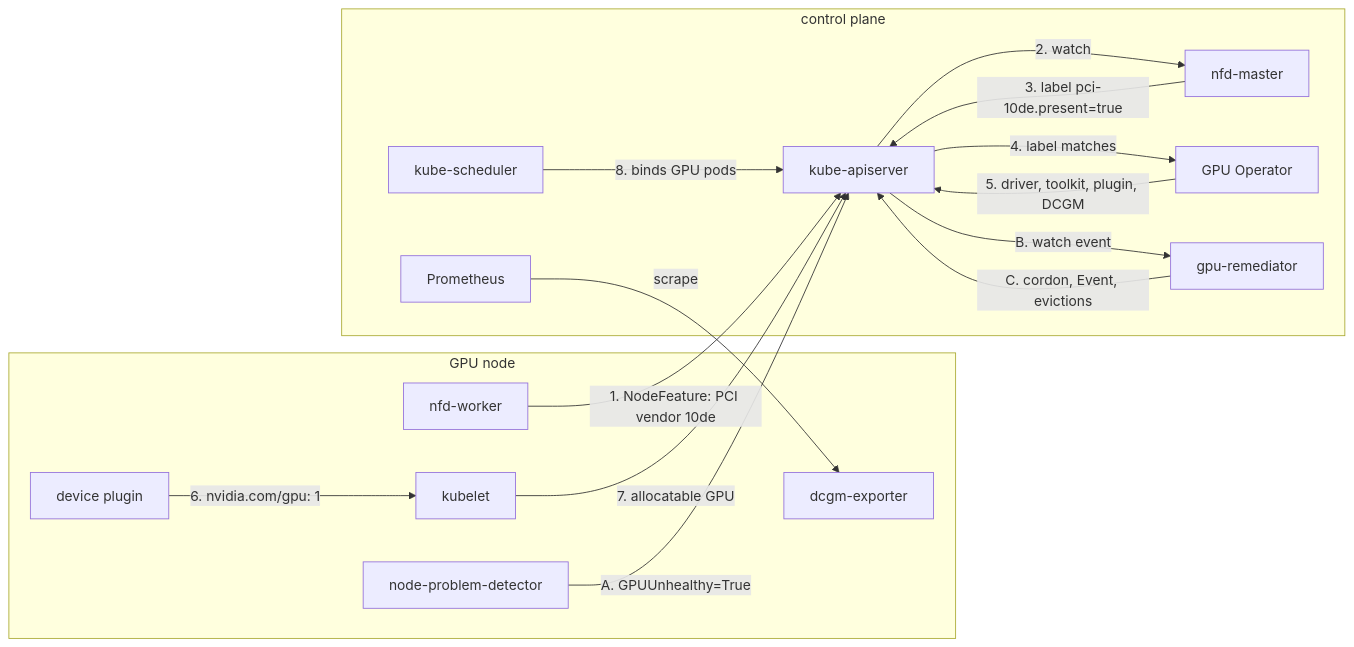
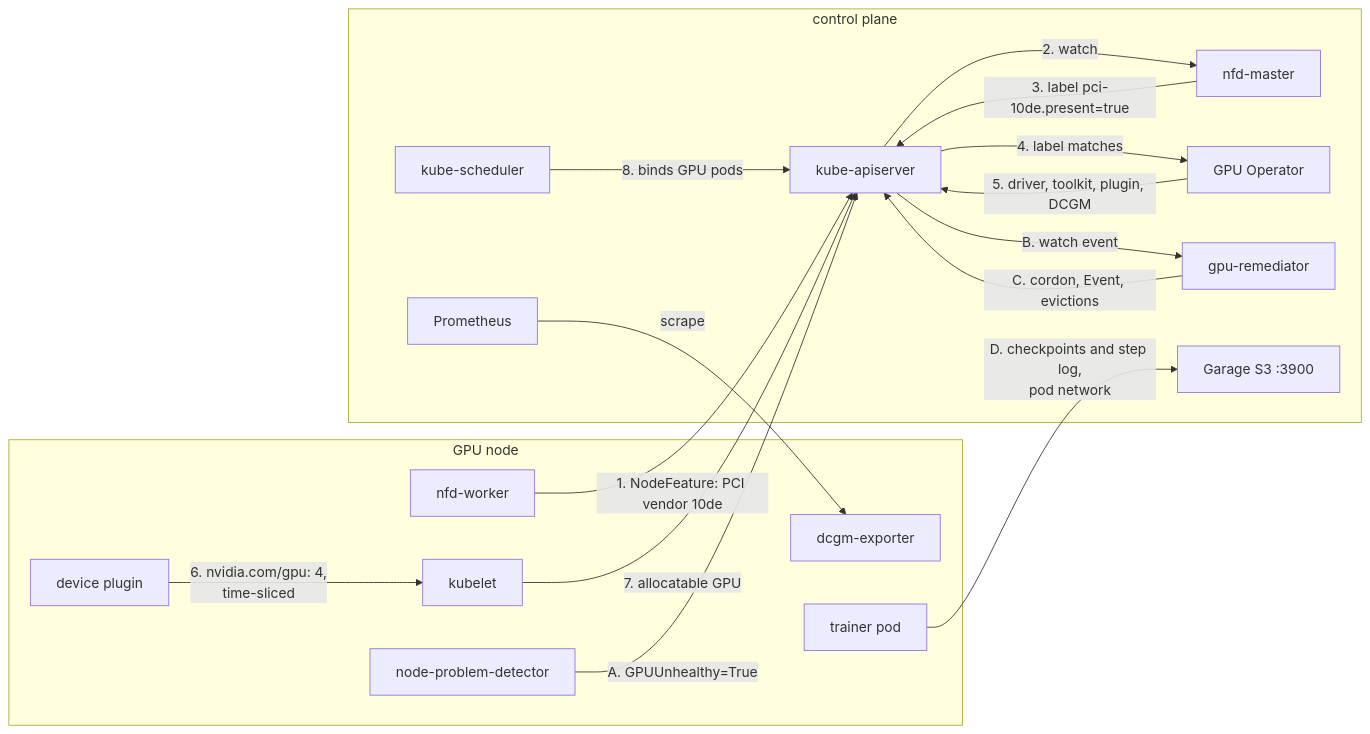
One commit to yassineteimi/nvidia-gpu-fleet-poc changed the fifth of 6 diagrams in docs/architecture.md. Above: the diagram before and after it, drawn with Mermaid. The commit also changed other lines of this file and 6 other files, not shown here.

````diff
--- a/docs/architecture.md
+++ b/docs/architecture.md
@@ -196,32 +203,35 @@
 ```mermaid
 flowchart LR
   subgraph gpu["GPU node"]
     nfdw["nfd-worker"]
     dp["device plugin"]
     kubelet["kubelet"]
     npd["node-problem-detector"]
     dcgme["dcgm-exporter"]
+    trainer["trainer pod"]
   end
 
   subgraph cp["control plane"]
     api["kube-apiserver"]
     nfdm["nfd-master"]
     gop["GPU Operator"]
     sch["kube-scheduler"]
     gr["gpu-remediator"]
     prom["Prometheus"]
+    garage["Garage S3 :3900"]
   end
 
   nfdw -->|"1. NodeFeature: PCI vendor 10de"| api
   api -->|"2. watch"| nfdm
   nfdm -->|"3. label pci-10de.present=true"| api
   api -->|"4. label matches"| gop
   gop -->|"5. driver, toolkit, plugin, DCGM"| api
-  dp -->|"6. nvidia.com/gpu: 1"| kubelet
+  dp -->|"6. nvidia.com/gpu: 4,<br/>time-sliced"| kubelet
   kubelet -->|"7. allocatable GPU"| api
   sch -->|"8. binds GPU pods"| api
   npd -->|"A. GPUUnhealthy=True"| api
   api -->|"B. watch event"| gr
   gr -->|"C. cordon, Event, evictions"| api
   prom -->|"scrape"| dcgme
+  trainer -->|"D. checkpoints and step log,<br/>pod network"| garage
 ```
````
